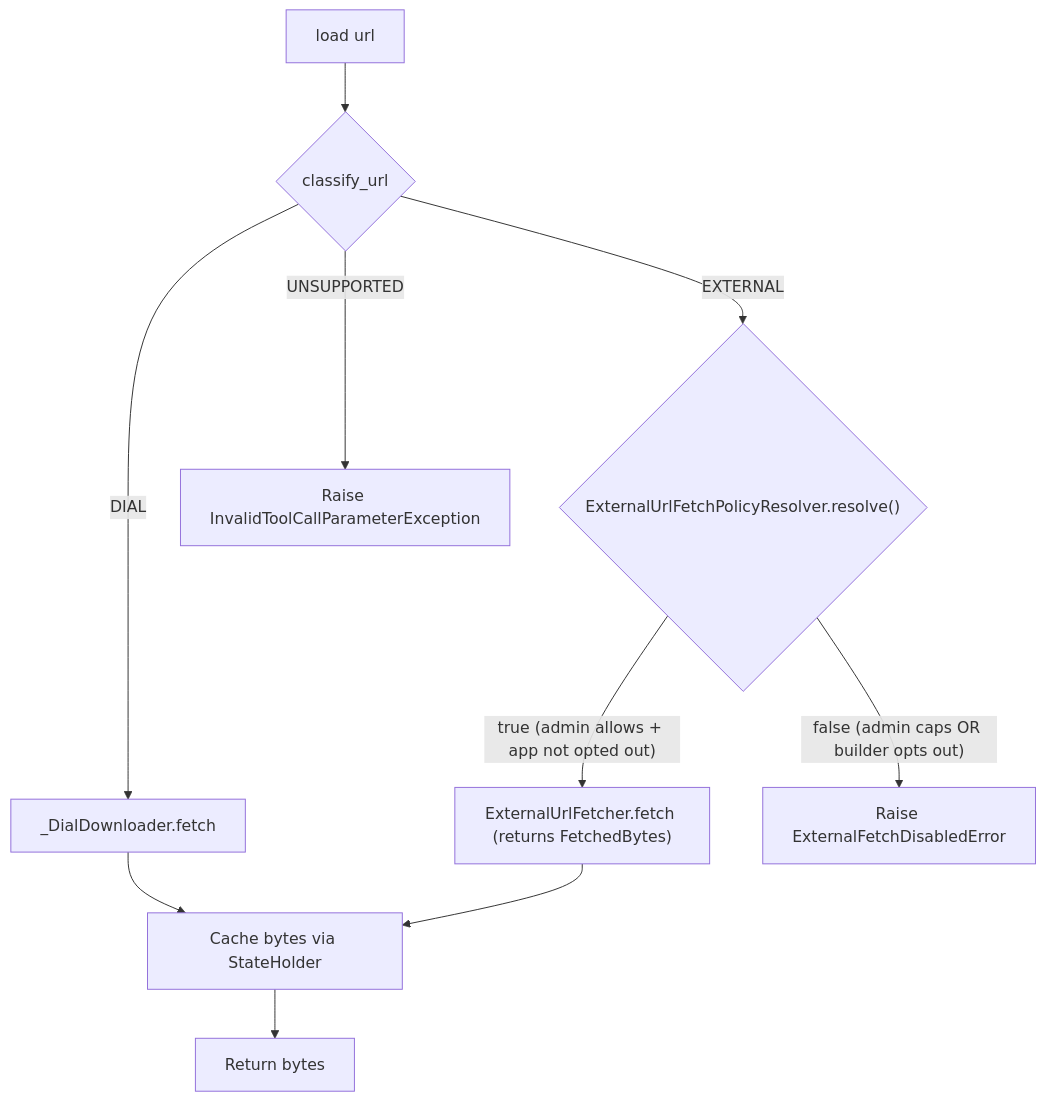
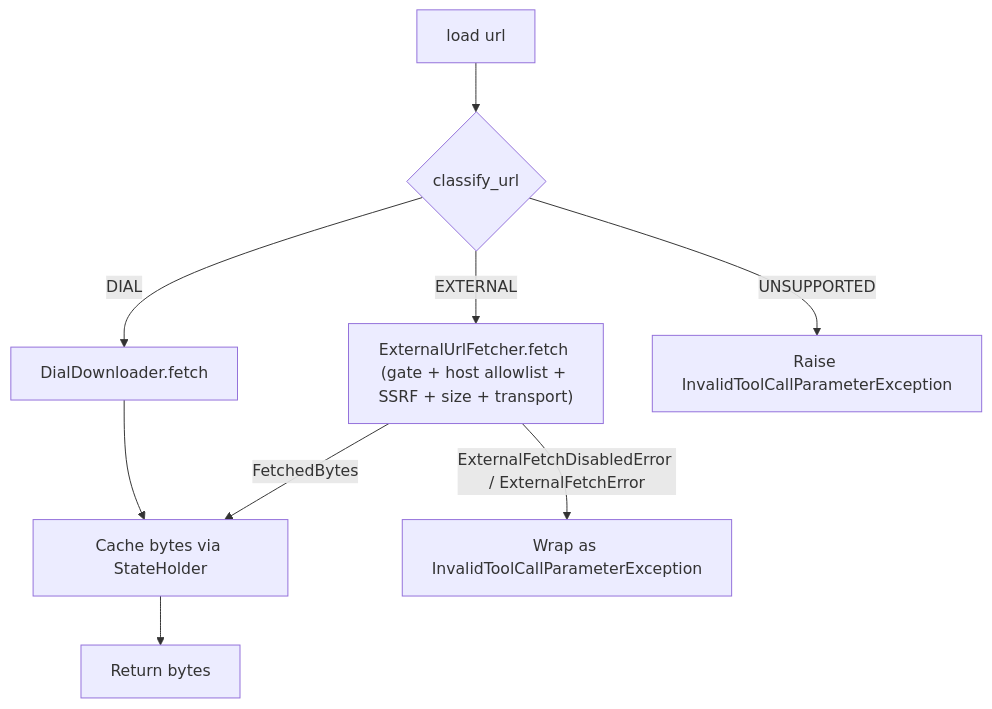
One commit to epam/ai-dial-quickapps-backend changed the second of 3 diagrams in docs/designs/external_url_attachments.md. Above: the diagram before and after it, drawn with Mermaid. The commit also changed other lines of this file and 10 other files, not shown here.

First line of the commit message:
feat(file_transfer): host allowlist tier for external URL fetching #258

````diff
--- a/docs/designs/external_url_attachments.md
+++ b/docs/designs/external_url_attachments.md
@@ -208,12 +229,11 @@
 ```mermaid
 flowchart TD
     A["load url"] --> B{"classify_url"}
-    B -->|"DIAL"| C["_DialDownloader.fetch"]
-    B -->|"EXTERNAL"| D{"ExternalUrlFetchPolicyResolver.resolve()"}
+    B -->|"DIAL"| C["DialDownloader.fetch"]
+    B -->|"EXTERNAL"| F["ExternalUrlFetcher.fetch (gate + host allowlist + SSRF + size + transport)"]
     B -->|"UNSUPPORTED"| E["Raise InvalidToolCallParameterException"]
-    D -->|"true (admin allows + app not opted out)"| F["ExternalUrlFetcher.fetch (returns FetchedBytes)"]
-    D -->|"false (admin caps OR builder opts out)"| G["Raise ExternalFetchDisabledError"]
-    C --> H["Cache bytes via StateHolder"]
-    F --> H
+    F -->|"FetchedBytes"| H["Cache bytes via StateHolder"]
+    F -->|"ExternalFetchDisabledError / ExternalFetchError"| G["Wrap as InvalidToolCallParameterException"]
+    C --> H
     H --> I["Return bytes"]
 ```
````
